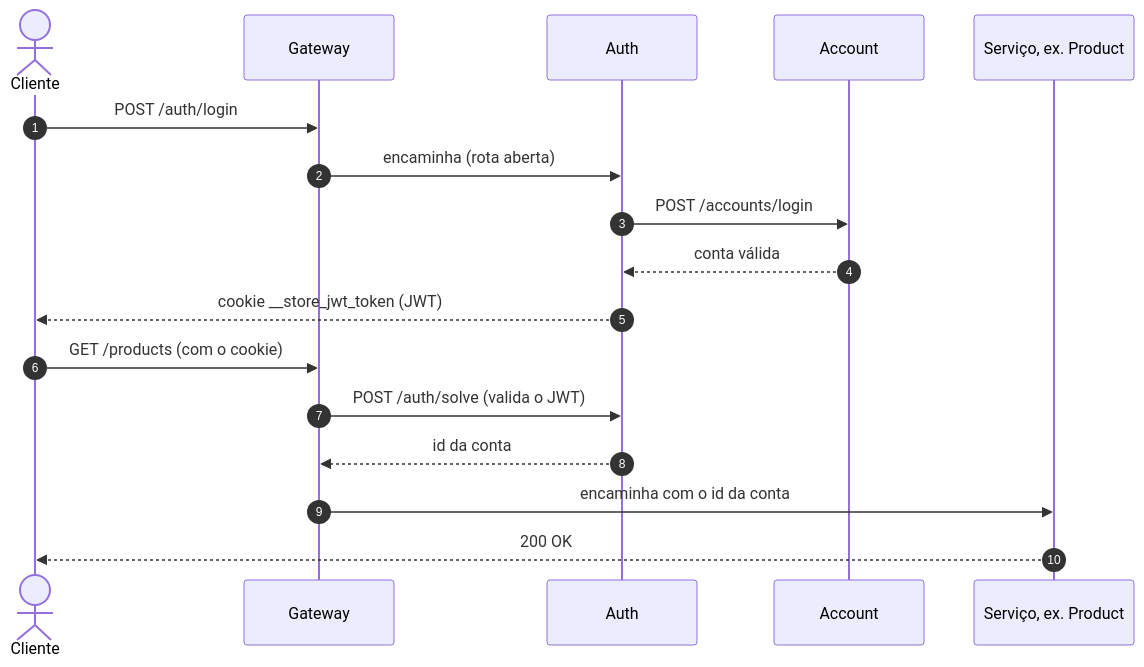
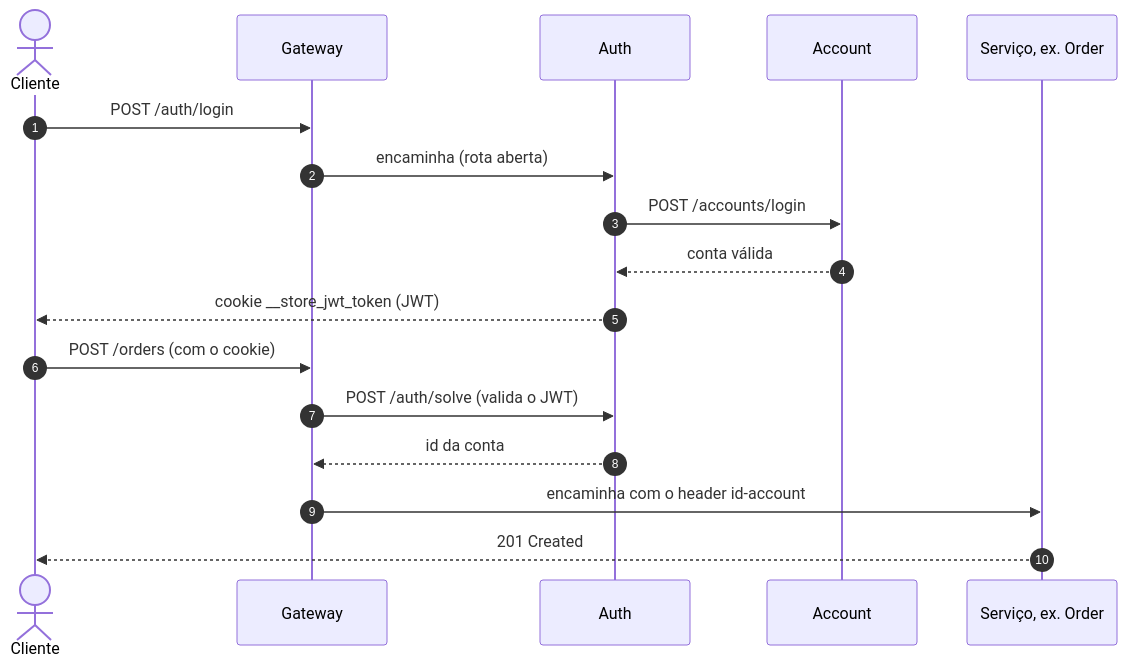
Before and after one commit to pato-nego/.github: the second of 5 diagrams in profile/README.md, drawn with Mermaid. The commit also changed other lines of this file, not shown here.

Commit message:
docs: atualizando README da organização com EKS, testes de carga e custos

````diff
--- a/profile/README.md
+++ b/profile/README.md
@@ -51,21 +53,21 @@
 ```mermaid
 sequenceDiagram
     autonumber
     actor C as Cliente
     participant G as Gateway
     participant AU as Auth
     participant AC as Account
-    participant S as Serviço, ex. Product
+    participant S as Serviço, ex. Order
 
     C->>G: POST /auth/login
     G->>AU: encaminha (rota aberta)
     AU->>AC: POST /accounts/login
     AC-->>AU: conta válida
     AU-->>C: cookie __store_jwt_token (JWT)
 
-    C->>G: GET /products (com o cookie)
+    C->>G: POST /orders (com o cookie)
     G->>AU: POST /auth/solve (valida o JWT)
     AU-->>G: id da conta
-    G->>S: encaminha com o id da conta
-    S-->>C: 200 OK
+    G->>S: encaminha com o header id-account
+    S-->>C: 201 Created
 ```
````
